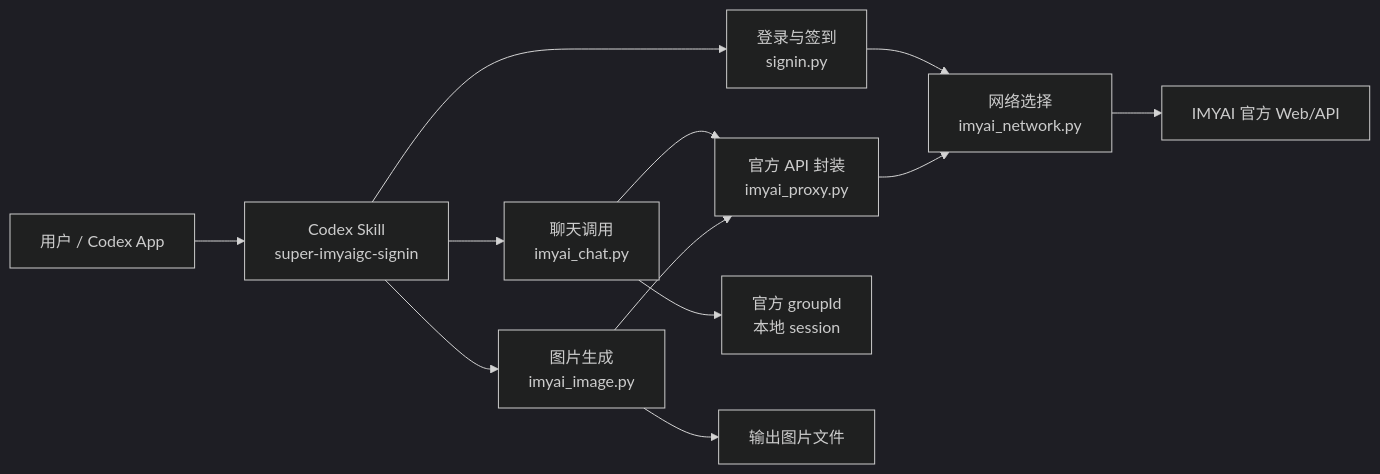
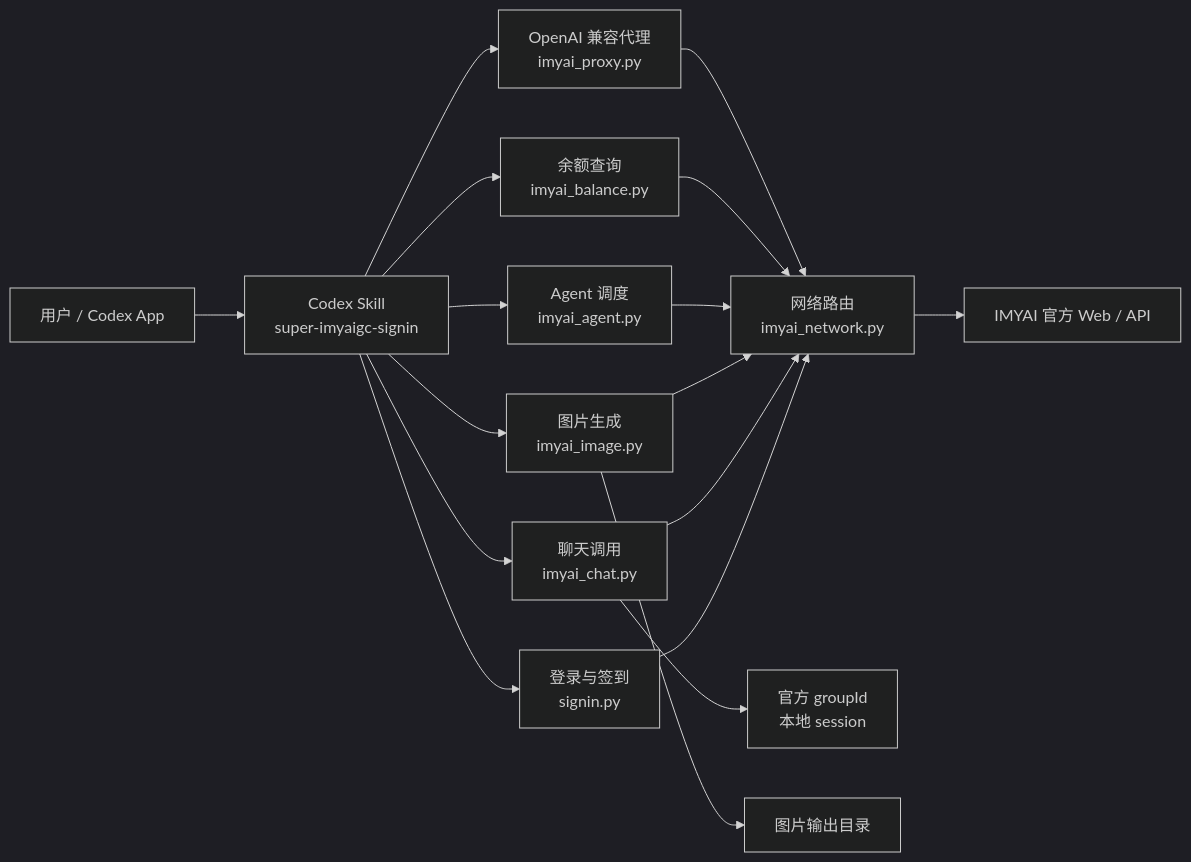
The first of 3 diagrams in README.md (vegetpig/super-imyaigc-signin), drawn with Mermaid (dark theme) before and after one commit. The commit also changed other lines of this file, not shown here.

````diff
--- a/README.md
+++ b/README.md
@@ -52,14 +68,19 @@
 ```mermaid
 flowchart LR
     U["用户 / Codex App"] --> S["Codex Skill<br/>super-imyaigc-signin"]
     S --> A["登录与签到<br/>signin.py"]
     S --> C["聊天调用<br/>imyai_chat.py"]
     S --> I["图片生成<br/>imyai_image.py"]
-    A --> N["网络选择<br/>imyai_network.py"]
-    C --> P["官方 API 封装<br/>imyai_proxy.py"]
-    I --> P
+    S --> G["Agent 调度<br/>imyai_agent.py"]
+    S --> B["余额查询<br/>imyai_balance.py"]
+    S --> P["OpenAI 兼容代理<br/>imyai_proxy.py"]
+    A --> N["网络路由<br/>imyai_network.py"]
+    C --> N
+    I --> N
+    G --> N
+    B --> N
     P --> N
-    N --> W["IMYAI 官方 Web/API"]
+    N --> W["IMYAI 官方 Web / API"]
     C --> H["官方 groupId<br/>本地 session"]
-    I --> O["输出图片文件"]
+    I --> O["图片输出目录"]
 ```
````
